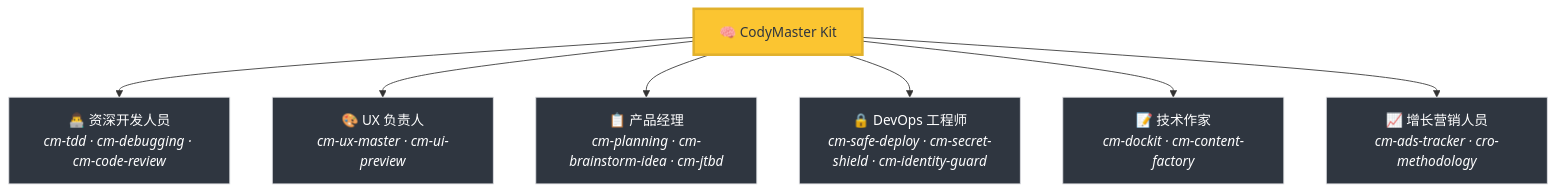
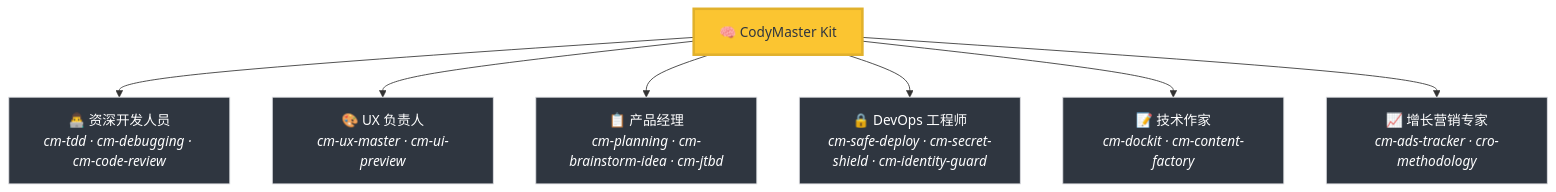
Before and after one commit to tody-agent/codymaster: the first of 3 diagrams in README-zh.md, drawn with Mermaid. The commit also changed other lines of this file and 27 other files, not shown here.

````diff
--- a/README-zh.md
+++ b/README-zh.md
@@ -56,12 +56,12 @@
 ```mermaid
 graph TD
     A["🧠 CodyMaster Kit"] --> B["👨‍💻 资深开发人员<br/><i>cm-tdd · cm-debugging · cm-code-review</i>"]
     A --> C["🎨 UX 负责人<br/><i>cm-ux-master · cm-ui-preview</i>"]
     A --> D["📋 产品经理<br/><i>cm-planning · cm-brainstorm-idea · cm-jtbd</i>"]
     A --> E["🔒 DevOps 工程师<br/><i>cm-safe-deploy · cm-secret-shield · cm-identity-guard</i>"]
     A --> F["📝 技术作家<br/><i>cm-dockit · cm-content-factory</i>"]
-    A --> G["📈 增长营销人员<br/><i>cm-ads-tracker · cro-methodology</i>"]
+    A --> G["📈 增长营销专家<br/><i>cm-ads-tracker · cro-methodology</i>"]
     style A fill:#fbc531,stroke:#e1b12c,color:#2f3640,stroke-width:3px
     classDef team fill:#2f3640,stroke:#dcdde1,stroke-width:1px,color:#fff;
     class B,C,D,E,F,G team;
 ```
````
